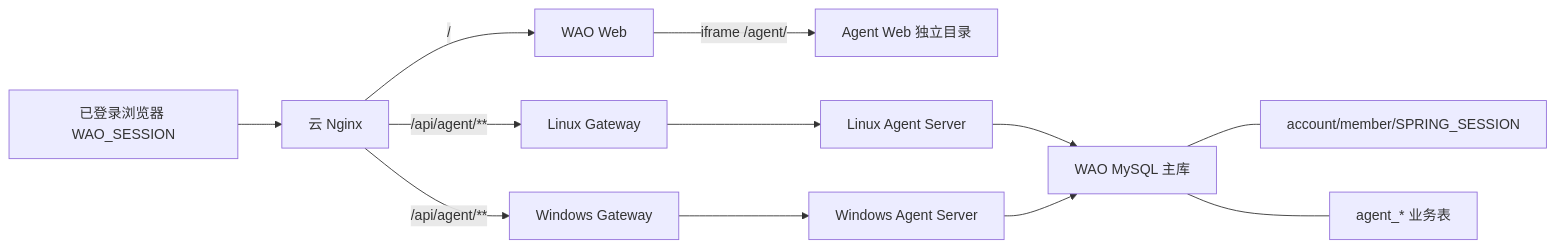
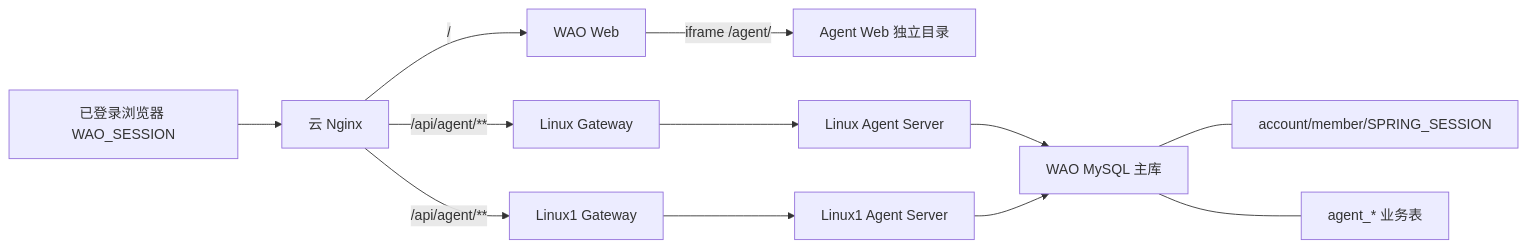
One commit to wayuwadi/wao changed the diagram in docs/architecture/media-automation-agent.md. Above: the diagram before and after it, drawn with Mermaid. The commit also changed other lines of this file and 40 other files, not shown here.

````diff
--- a/docs/architecture/media-automation-agent.md
+++ b/docs/architecture/media-automation-agent.md
@@ -9,14 +9,14 @@
 ```mermaid
 flowchart LR
     U["已登录浏览器 WAO_SESSION"] --> N["云 Nginx"]
     N -->|/| WW["WAO Web"]
     WW -->|iframe /agent/| AW["Agent Web 独立目录"]
     N -->|/api/agent/**| GM["Linux Gateway"]
-    N -->|/api/agent/**| GS["Windows Gateway"]
+    N -->|/api/agent/**| GS["Linux1 Gateway"]
     GM --> AM["Linux Agent Server"]
-    GS --> AS["Windows Agent Server"]
+    GS --> AS["Linux1 Agent Server"]
     AM --> DB["WAO MySQL 主库"]
     AS --> DB
     DB --- ID["account/member/SPRING_SESSION"]
     DB --- AD["agent_* 业务表"]
 ```
````
